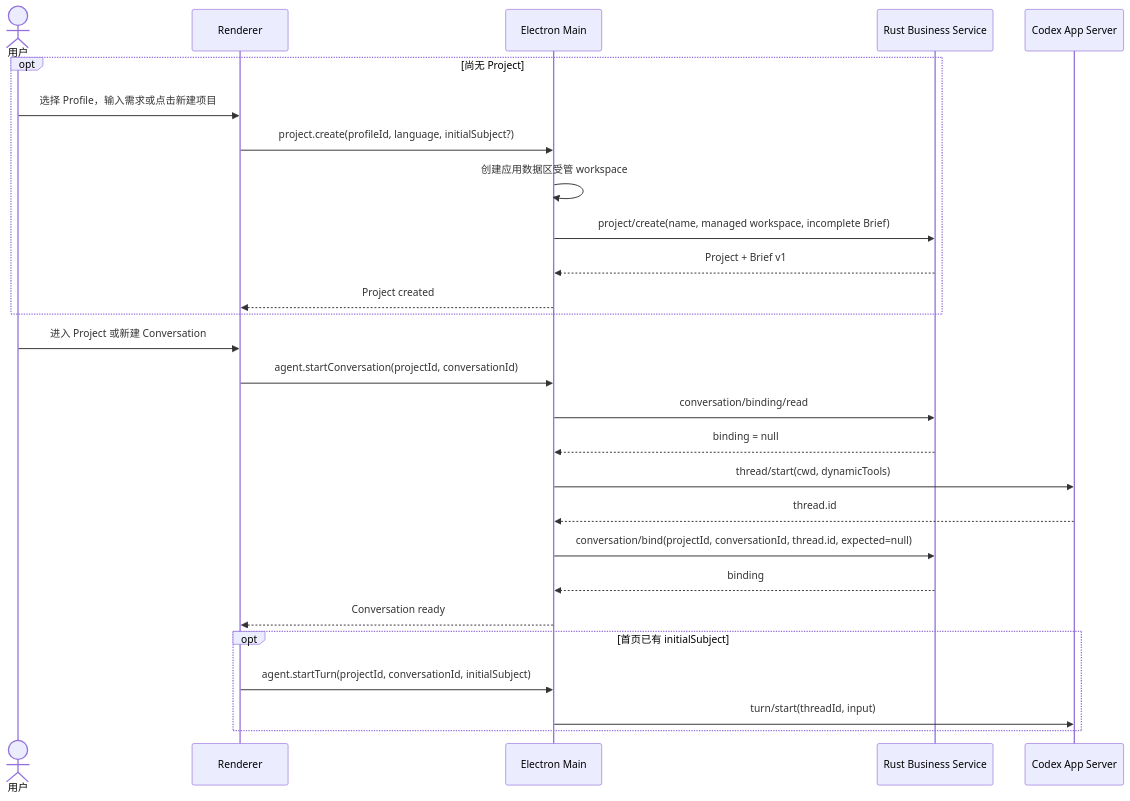
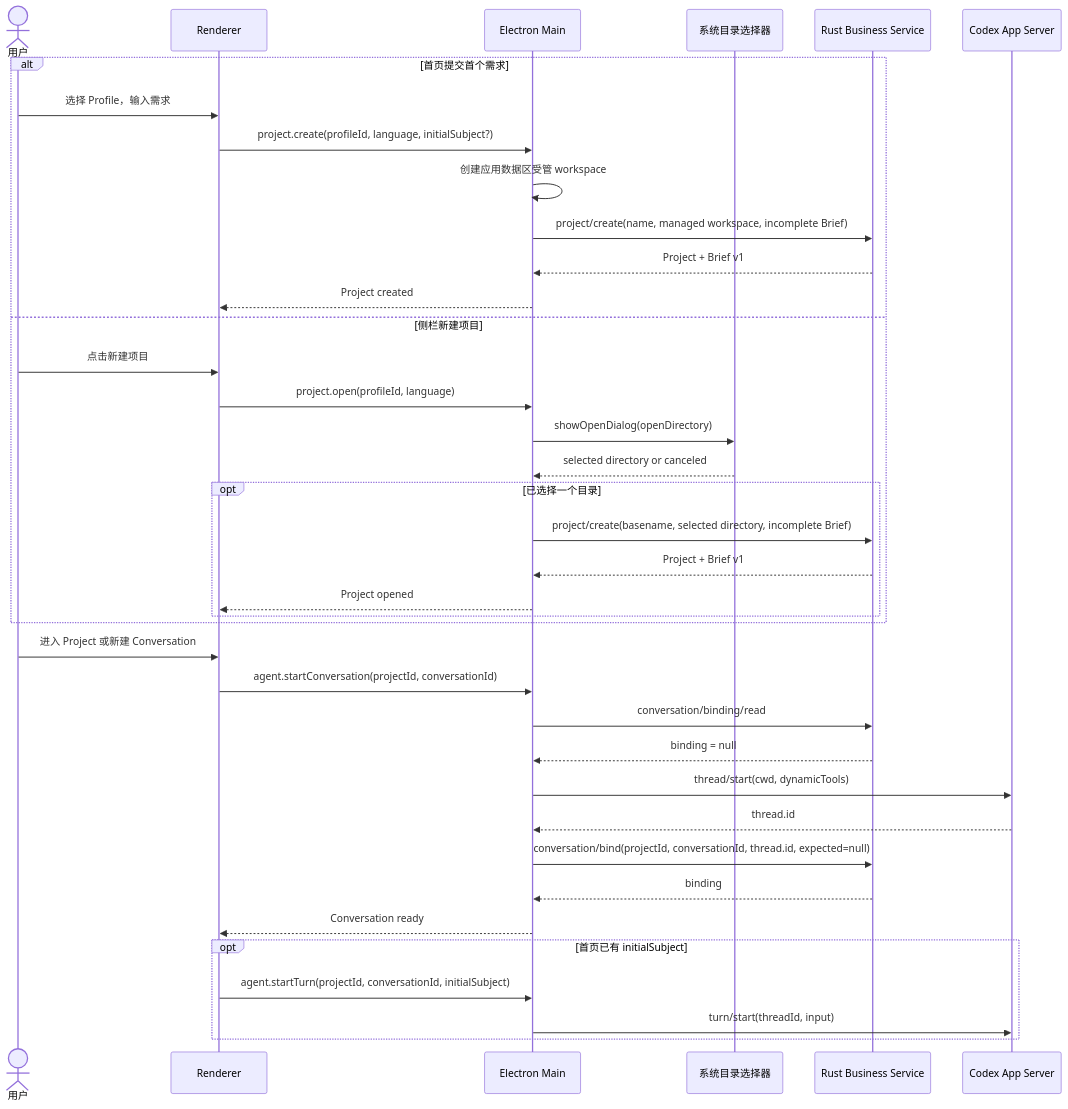
Before and after one commit to limecloud/limeshot: the fourth of 9 diagrams in internal/roadmap/v1/DIAGRAMS.md, drawn with Mermaid. The commit also changed other lines of this file and 14 other files, not shown here.

````diff
--- a/internal/roadmap/v1/DIAGRAMS.md
+++ b/internal/roadmap/v1/DIAGRAMS.md
@@ -77,30 +77,41 @@
 ```mermaid
 sequenceDiagram
     actor User as 用户
     participant UI as Renderer
     participant Host as Electron Main
+    participant Picker as 系统目录选择器
     participant Biz as Rust Business Service
     participant Codex as Codex App Server
 
-    opt 尚无 Project
-        User->>UI: 选择 Profile，输入需求或点击新建项目
+    alt 首页提交首个需求
+        User->>UI: 选择 Profile，输入需求
         UI->>Host: project.create(profileId, language, initialSubject?)
         Host->>Host: 创建应用数据区受管 workspace
         Host->>Biz: project/create(name, managed workspace, incomplete Brief)
         Biz-->>Host: Project + Brief v1
         Host-->>UI: Project created
+    else 侧栏新建项目
+        User->>UI: 点击新建项目
+        UI->>Host: project.open(profileId, language)
+        Host->>Picker: showOpenDialog(openDirectory)
+        Picker-->>Host: selected directory or canceled
+        opt 已选择一个目录
+            Host->>Biz: project/create(basename, selected directory, incomplete Brief)
+            Biz-->>Host: Project + Brief v1
+            Host-->>UI: Project opened
+        end
     end
     User->>UI: 进入 Project 或新建 Conversation
     UI->>Host: agent.startConversation(projectId, conversationId)
     Host->>Biz: conversation/binding/read
     Biz-->>Host: binding = null
     Host->>Codex: thread/start(cwd, dynamicTools)
     Codex-->>Host: thread.id
     Host->>Biz: conversation/bind(projectId, conversationId, thread.id, expected=null)
     Biz-->>Host: binding
     Host-->>UI: Conversation ready
     opt 首页已有 initialSubject
         UI->>Host: agent.startTurn(projectId, conversationId, initialSubject)
         Host->>Codex: turn/start(threadId, input)
     end
 ```
````
